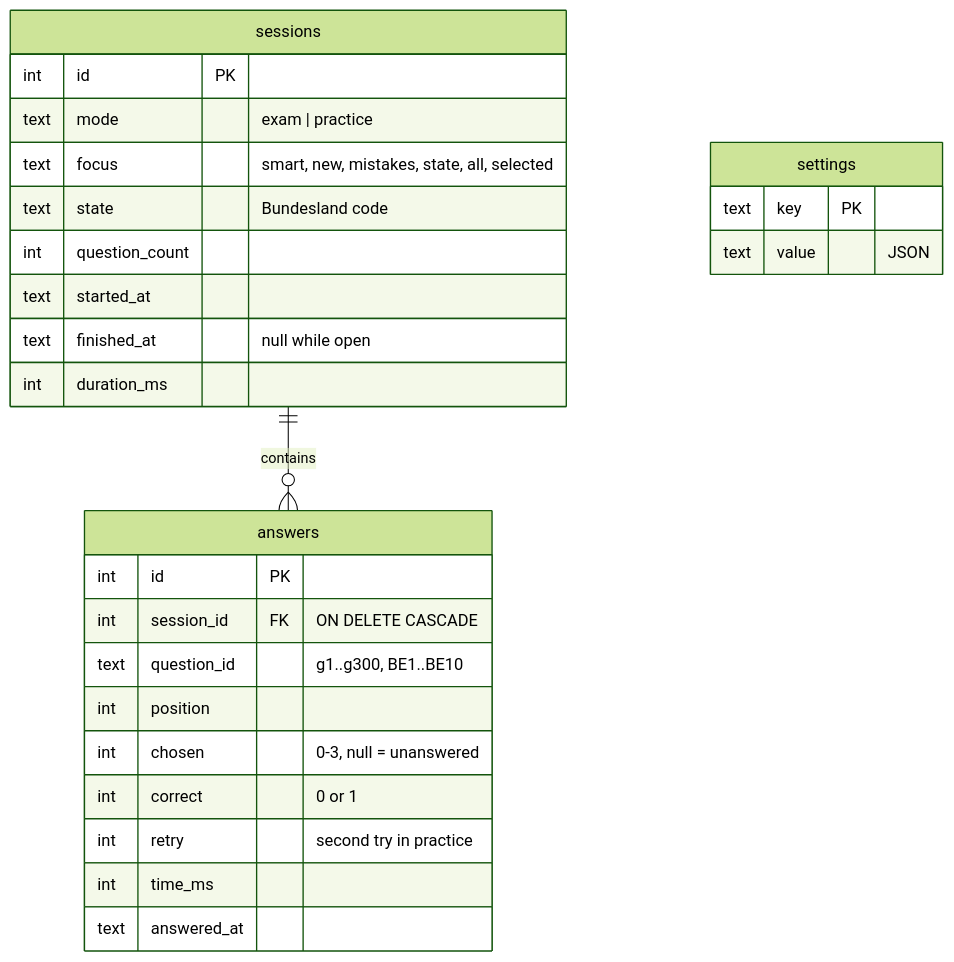
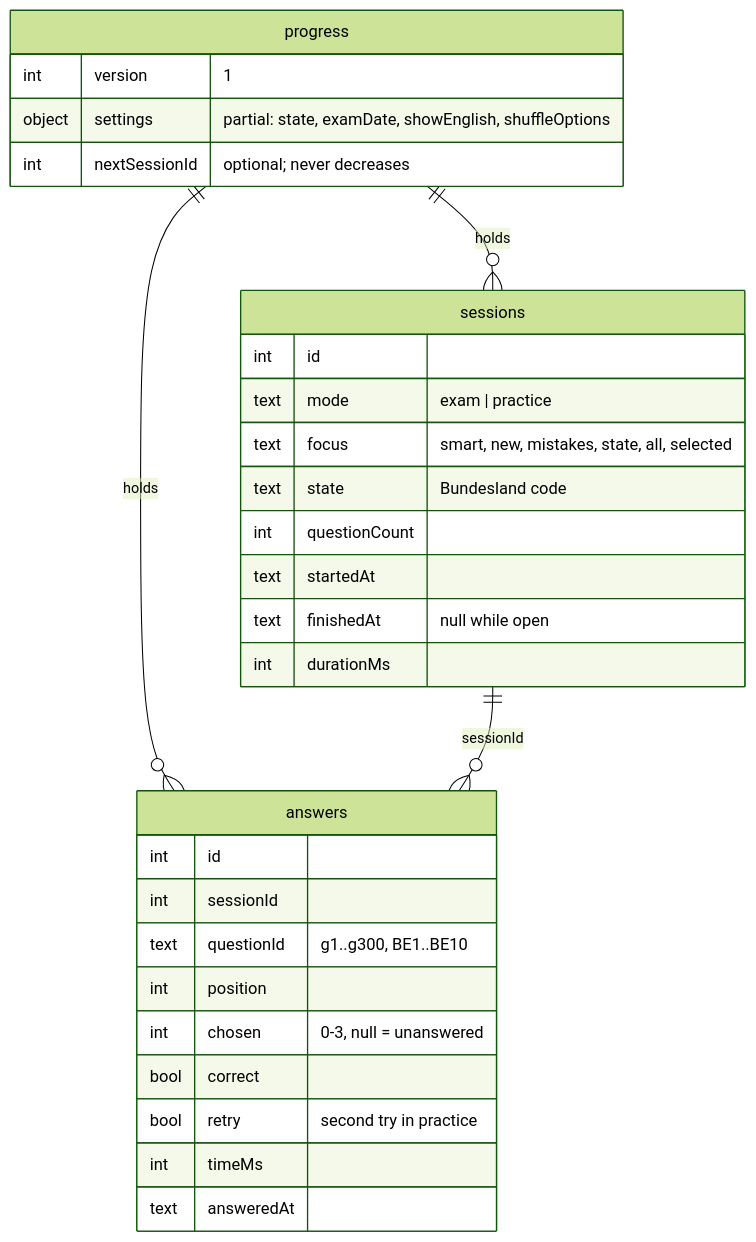
Before and after one commit to IndrajeetPatil/einbuergerungstest: the diagram in docs/progress-database.md, drawn with Mermaid (forest theme). The commit also changed other lines of this file and 66 other files, not shown here.

````diff
--- a/docs/progress-database.md
+++ b/docs/progress-database.md
@@ -9,29 +10,32 @@
 ```mermaid
 erDiagram
-  sessions ||--o{ answers : contains
+  progress ||--o{ sessions : holds
+  progress ||--o{ answers : holds
+  sessions ||--o{ answers : "sessionId"
+  progress {
+    int version "1"
+    object settings "partial: state, examDate, showEnglish, shuffleOptions"
+    int nextSessionId "optional; never decreases"
+  }
   sessions {
-    int id PK
+    int id
     text mode "exam | practice"
     text focus "smart, new, mistakes, state, all, selected"
     text state "Bundesland code"
-    int question_count
-    text started_at
-    text finished_at "null while open"
-    int duration_ms
+    int questionCount
+    text startedAt
+    text finishedAt "null while open"
+    int durationMs
   }
   answers {
-    int id PK
-    int session_id FK "ON DELETE CASCADE"
-    text question_id "g1..g300, BE1..BE10"
+    int id
+    int sessionId
+    text questionId "g1..g300, BE1..BE10"
     int position
     int chosen "0-3, null = unanswered"
-    int correct "0 or 1"
-    int retry "second try in practice"
-    int time_ms
-    text answered_at
-  }
-  settings {
-    text key PK
-    text value "JSON"
+    bool correct
+    bool retry "second try in practice"
+    int timeMs
+    text answeredAt
   }
 ```
````
